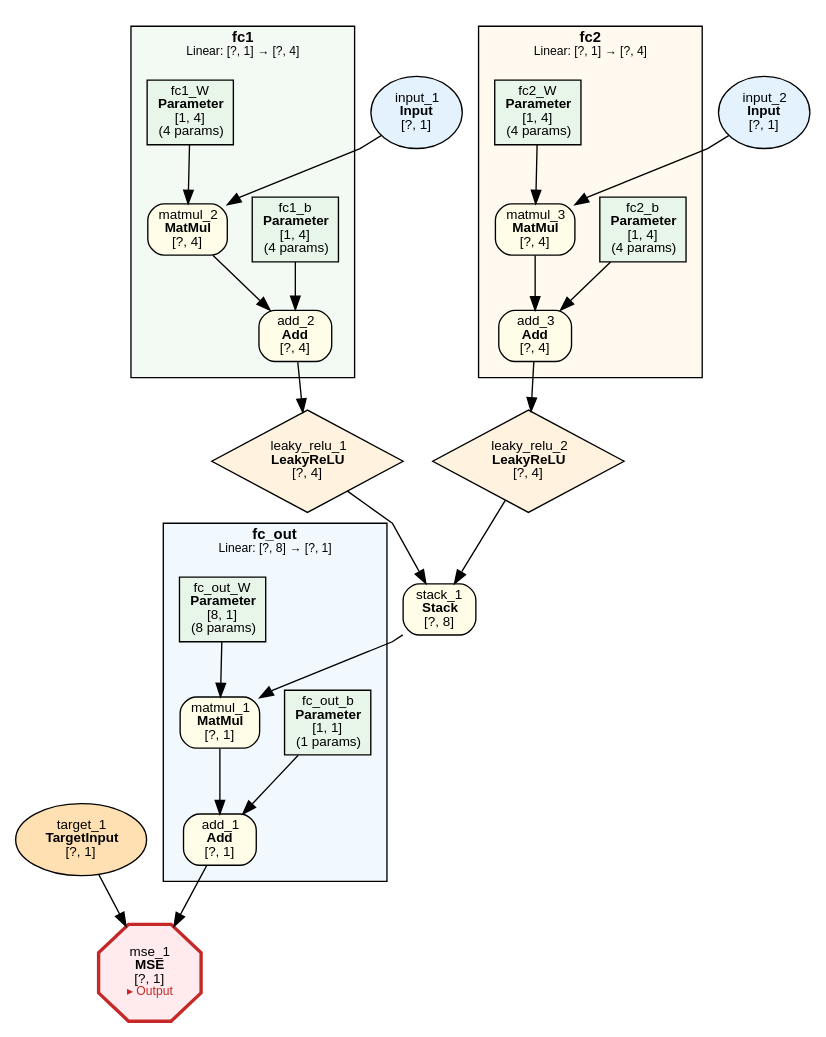
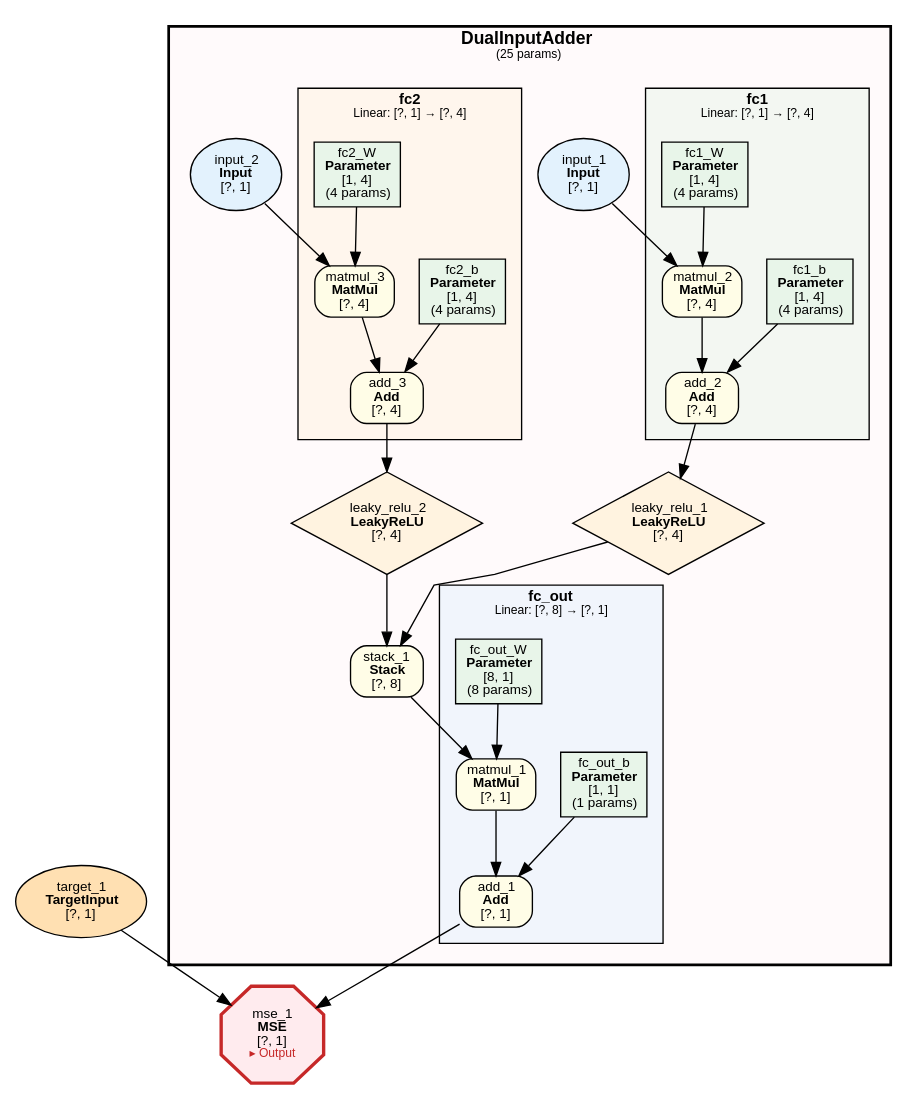
One commit to dbsxdbsx/only_torch changed the diagram in examples/dual_input_add/dual_input_add.dot. Above: the diagram before and after it, drawn with Graphviz. The commit also changed 29 other files, not shown here.

```diff
--- a/examples/dual_input_add/dual_input_add.dot
+++ b/examples/dual_input_add/dual_input_add.dot
@@ -1,73 +1,83 @@
 digraph ComputeGraph {
     rankdir=TB;
     newrank=true;
     splines=polyline;
     node [fontname="Microsoft YaHei,SimHei,Arial"];
     edge [fontname="Microsoft YaHei,SimHei,Arial"];
 
-    subgraph cluster_group_linear_2 {
-        label=<<B>fc_out</B><BR/><FONT POINT-SIZE="9">Linear: [?, 8] → [?, 1]</FONT>>;
-        style=filled;
-        fillcolor="#E3F2FD80";
+    subgraph cluster_model_DualInputAdder {
+        label=<<B>DualInputAdder</B><BR/><FONT POINT-SIZE="9">(25 params)</FONT>>;
+        style="filled,bold";
+        fillcolor="#FFEBEE40";
         fontname="Microsoft YaHei,SimHei,Arial";
-        fontsize=11;
-        margin=12;
-            "2" [label=<add_1<BR/><B>Add</B><BR/>[?, 1]> shape=box style="filled,rounded" fillcolor="#FFFDE7" fontsize=10];
-            "4" [label=<matmul_1<BR/><B>MatMul</B><BR/>[?, 1]> shape=box style="filled,rounded" fillcolor="#FFFDE7" fontsize=10];
-            "5" [label=<fc_out_b<BR/><B>Parameter</B><BR/>[1, 1]<BR/>(1 params)> shape=box style=filled fillcolor="#E8F5E9" fontsize=10];
-            "7" [label=<fc_out_W<BR/><B>Parameter</B><BR/>[8, 1]<BR/>(8 params)> shape=box style=filled fillcolor="#E8F5E9" fontsize=10];
-    }
+        fontsize=13;
+        margin=16;
 
-    subgraph cluster_group_linear_0 {
-        label=<<B>fc1</B><BR/><FONT POINT-SIZE="9">Linear: [?, 1] → [?, 4]</FONT>>;
-        style=filled;
-        fillcolor="#E8F5E980";
-        fontname="Microsoft YaHei,SimHei,Arial";
-        fontsize=11;
-        margin=12;
-            "10" [label=<add_2<BR/><B>Add</B><BR/>[?, 4]> shape=box style="filled,rounded" fillcolor="#FFFDE7" fontsize=10];
-            "12" [label=<matmul_2<BR/><B>MatMul</B><BR/>[?, 4]> shape=box style="filled,rounded" fillcolor="#FFFDE7" fontsize=10];
-            "13" [label=<fc1_b<BR/><B>Parameter</B><BR/>[1, 4]<BR/>(4 params)> shape=box style=filled fillcolor="#E8F5E9" fontsize=10];
-            "17" [label=<fc1_W<BR/><B>Parameter</B><BR/>[1, 4]<BR/>(4 params)> shape=box style=filled fillcolor="#E8F5E9" fontsize=10];
-    }
+        subgraph cluster_DualInputAdder_fc_out {
+            label=<<B>fc_out</B><BR/><FONT POINT-SIZE="9">Linear: [?, 8] → [?, 1]</FONT>>;
+            style=filled;
+            fillcolor="#E3F2FD80";
+            fontname="Microsoft YaHei,SimHei,Arial";
+            fontsize=11;
+            margin=12;
+                "2" [label=<add_1<BR/><B>Add</B><BR/>[?, 1]> shape=box style="filled,rounded" fillcolor="#FFFDE7" fontsize=10];
+                "4" [label=<matmul_1<BR/><B>MatMul</B><BR/>[?, 1]> shape=box style="filled,rounded" fillcolor="#FFFDE7" fontsize=10];
+                "5" [label=<fc_out_b<BR/><B>Parameter</B><BR/>[1, 1]<BR/>(1 params)> shape=box style=filled fillcolor="#E8F5E9" fontsize=10];
+                "7" [label=<fc_out_W<BR/><B>Parameter</B><BR/>[8, 1]<BR/>(8 params)> shape=box style=filled fillcolor="#E8F5E9" fontsize=10];
+        }
 
-    subgraph cluster_group_linear_1 {
-        label=<<B>fc2</B><BR/><FONT POINT-SIZE="9">Linear: [?, 1] → [?, 4]</FONT>>;
-        style=filled;
-        fillcolor="#FFF3E080";
-        fontname="Microsoft YaHei,SimHei,Arial";
-        fontsize=11;
-        margin=12;
-            "11" [label=<add_3<BR/><B>Add</B><BR/>[?, 4]> shape=box style="filled,rounded" fillcolor="#FFFDE7" fontsize=10];
-            "14" [label=<matmul_3<BR/><B>MatMul</B><BR/>[?, 4]> shape=box style="filled,rounded" fillcolor="#FFFDE7" fontsize=10];
-            "15" [label=<fc2_b<BR/><B>Parameter</B><BR/>[1, 4]<BR/>(4 params)> shape=box style=filled fillcolor="#E8F5E9" fontsize=10];
-            "19" [label=<fc2_W<BR/><B>Parameter</B><BR/>[1, 4]<BR/>(4 params)> shape=box style=filled fillcolor="#E8F5E9" fontsize=10];
+        subgraph cluster_DualInputAdder_fc1 {
+            label=<<B>fc1</B><BR/><FONT POINT-SIZE="9">Linear: [?, 1] → [?, 4]</FONT>>;
+            style=filled;
+            fillcolor="#E8F5E980";
+            fontname="Microsoft YaHei,SimHei,Arial";
+            fontsize=11;
+            margin=12;
+                "10" [label=<add_2<BR/><B>Add</B><BR/>[?, 4]> shape=box style="filled,rounded" fillcolor="#FFFDE7" fontsize=10];
+                "12" [label=<matmul_2<BR/><B>MatMul</B><BR/>[?, 4]> shape=box style="filled,rounded" fillcolor="#FFFDE7" fontsize=10];
+                "13" [label=<fc1_b<BR/><B>Parameter</B><BR/>[1, 4]<BR/>(4 params)> shape=box style=filled fillcolor="#E8F5E9" fontsize=10];
+                "17" [label=<fc1_W<BR/><B>Parameter</B><BR/>[1, 4]<BR/>(4 params)> shape=box style=filled fillcolor="#E8F5E9" fontsize=10];
+        }
+
+        subgraph cluster_DualInputAdder_fc2 {
+            label=<<B>fc2</B><BR/><FONT POINT-SIZE="9">Linear: [?, 1] → [?, 4]</FONT>>;
+            style=filled;
+            fillcolor="#FFF3E080";
+            fontname="Microsoft YaHei,SimHei,Arial";
+            fontsize=11;
+            margin=12;
+                "11" [label=<add_3<BR/><B>Add</B><BR/>[?, 4]> shape=box style="filled,rounded" fillcolor="#FFFDE7" fontsize=10];
+                "14" [label=<matmul_3<BR/><B>MatMul</B><BR/>[?, 4]> shape=box style="filled,rounded" fillcolor="#FFFDE7" fontsize=10];
+                "15" [label=<fc2_b<BR/><B>Parameter</B><BR/>[1, 4]<BR/>(4 params)> shape=box style=filled fillcolor="#E8F5E9" fontsize=10];
+                "19" [label=<fc2_W<BR/><B>Parameter</B><BR/>[1, 4]<BR/>(4 params)> shape=box style=filled fillcolor="#E8F5E9" fontsize=10];
+        }
+
+        "6" [label=<stack_1<BR/><B>Stack</B><BR/>[?, 8]> shape=box style="filled,rounded" fillcolor="#FFFDE7" fontsize=10];
+        "8" [label=<leaky_relu_1<BR/><B>LeakyReLU</B><BR/>[?, 4]> shape=diamond style=filled fillcolor="#FFF3E0" fontsize=10];
+        "9" [label=<leaky_relu_2<BR/><B>LeakyReLU</B><BR/>[?, 4]> shape=diamond style=filled fillcolor="#FFF3E0" fontsize=10];
+        "16" [label=<input_1<BR/><B>Input</B><BR/>[?, 1]> shape=ellipse style=filled fillcolor="#E3F2FD" fontsize=10];
+        "18" [label=<input_2<BR/><B>Input</B><BR/>[?, 1]> shape=ellipse style=filled fillcolor="#E3F2FD" fontsize=10];
     }
 
     "1" [label=<mse_1<BR/><B>MSE</B><BR/>[?, 1]<BR/><FONT COLOR="#C62828" POINT-SIZE="9">▸ Output</FONT>> shape=octagon style=filled fillcolor="#FFEBEE" fontsize=10 penwidth=2.5 color="#C62828"];
     "3" [label=<target_1<BR/><B>TargetInput</B><BR/>[?, 1]> shape=ellipse style=filled fillcolor="#FFE0B2" fontsize=10];
-    "6" [label=<stack_1<BR/><B>Stack</B><BR/>[?, 8]> shape=box style="filled,rounded" fillcolor="#FFFDE7" fontsize=10];
-    "8" [label=<leaky_relu_1<BR/><B>LeakyReLU</B><BR/>[?, 4]> shape=diamond style=filled fillcolor="#FFF3E0" fontsize=10];
-    "9" [label=<leaky_relu_2<BR/><B>LeakyReLU</B><BR/>[?, 4]> shape=diamond style=filled fillcolor="#FFF3E0" fontsize=10];
-    "16" [label=<input_1<BR/><B>Input</B><BR/>[?, 1]> shape=ellipse style=filled fillcolor="#E3F2FD" fontsize=10];
-    "18" [label=<input_2<BR/><B>Input</B><BR/>[?, 1]> shape=ellipse style=filled fillcolor="#E3F2FD" fontsize=10];
 
     "2" -> "1";
     "3" -> "1";
     "4" -> "2";
     "5" -> "2";
     "6" -> "4";
     "7" -> "4";
     "8" -> "6";
     "9" -> "6";
     "10" -> "8";
     "11" -> "9";
     "12" -> "10";
     "13" -> "10";
     "14" -> "11";
     "15" -> "11";
     "16" -> "12";
     "17" -> "12";
     "18" -> "14";
     "19" -> "14";
 }
```
